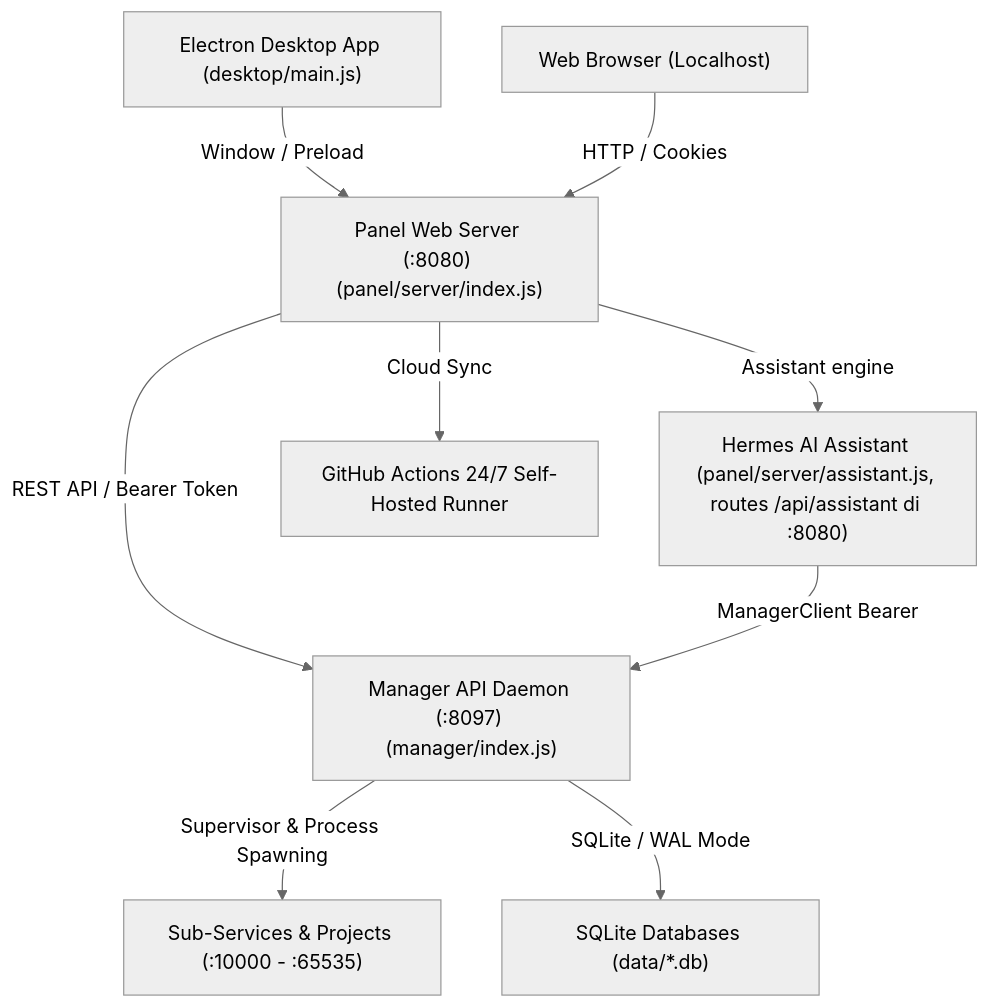
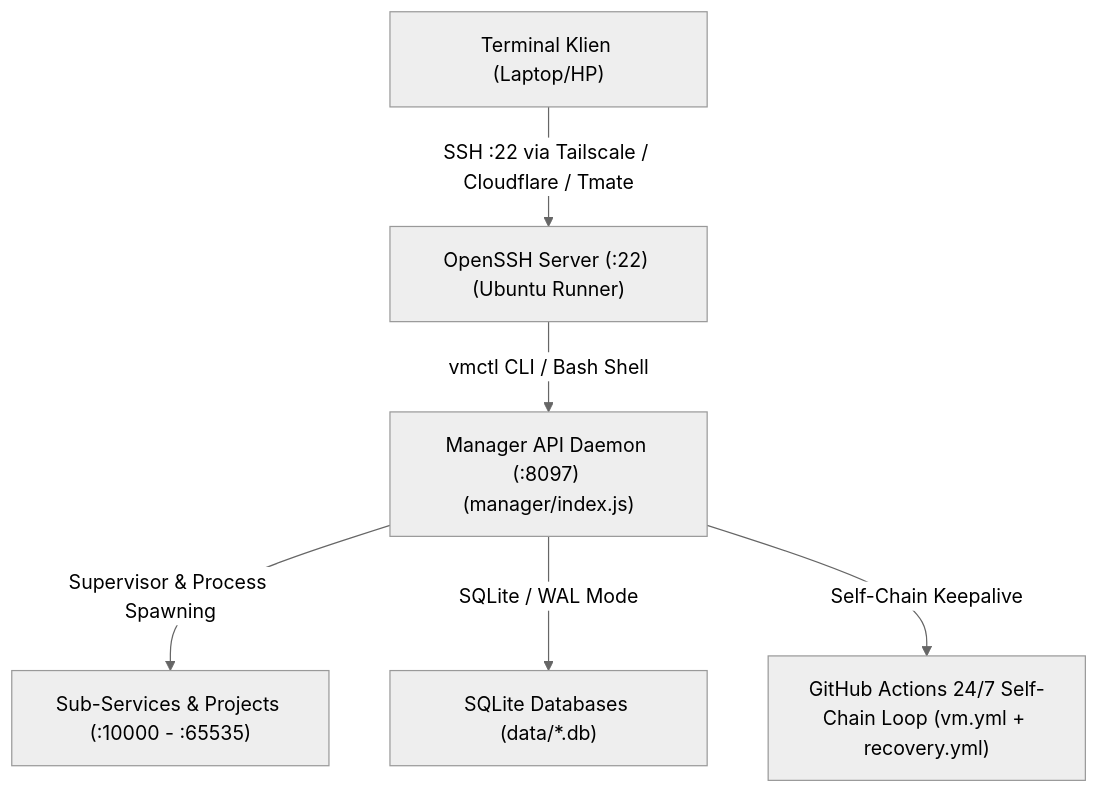
The diagram in AGENTS.md (mensir122/vm-panel), drawn with Mermaid (neutral theme) before and after one commit. The commit also changed other lines of this file and 63 other files, not shown here.

Commit message:
feat: transform to 100% headless linux VPS with SSH key access, remove web & desktop UI, and purge old projects

````diff
--- a/AGENTS.md
+++ b/AGENTS.md
@@ -33,12 +33,8 @@
 ```mermaid
 graph TD
-    Desktop["Electron Desktop App (desktop/main.js)"] -->|Window / Preload| Panel
-    Browser["Web Browser (Localhost)"] -->|HTTP / Cookies| Panel["Panel Web Server (:8080) (panel/server/index.js)"]
-    Panel -->|REST API / Bearer Token| Manager["Manager API Daemon (:8097) (manager/index.js)"]
+    Client["Terminal Klien (Laptop/HP)"] -->|SSH :22 via Tailscale / Cloudflare / Tmate| SSHD["OpenSSH Server (:22) (Ubuntu Runner)"]
+    SSHD -->|vmctl CLI / Bash Shell| Manager["Manager API Daemon (:8097) (manager/index.js)"]
     Manager -->|Supervisor & Process Spawning| Services["Sub-Services & Projects (:10000 - :65535)"]
     Manager -->|SQLite / WAL Mode| DBs["SQLite Databases (data/*.db)"]
-    Hermes["Hermes AI Assistant (panel/server/assistant.js, routes /api/assistant di :8080)"]
-    Panel -->|Assistant engine| Hermes
-    Hermes -->|ManagerClient Bearer| Manager
-    Panel -->|Cloud Sync| GHRunner["GitHub Actions 24/7 Self-Hosted Runner"]
+    Manager -->|Self-Chain Keepalive| Chain["GitHub Actions 24/7 Self-Chain Loop (vm.yml + recovery.yml)"]
 ```
````
